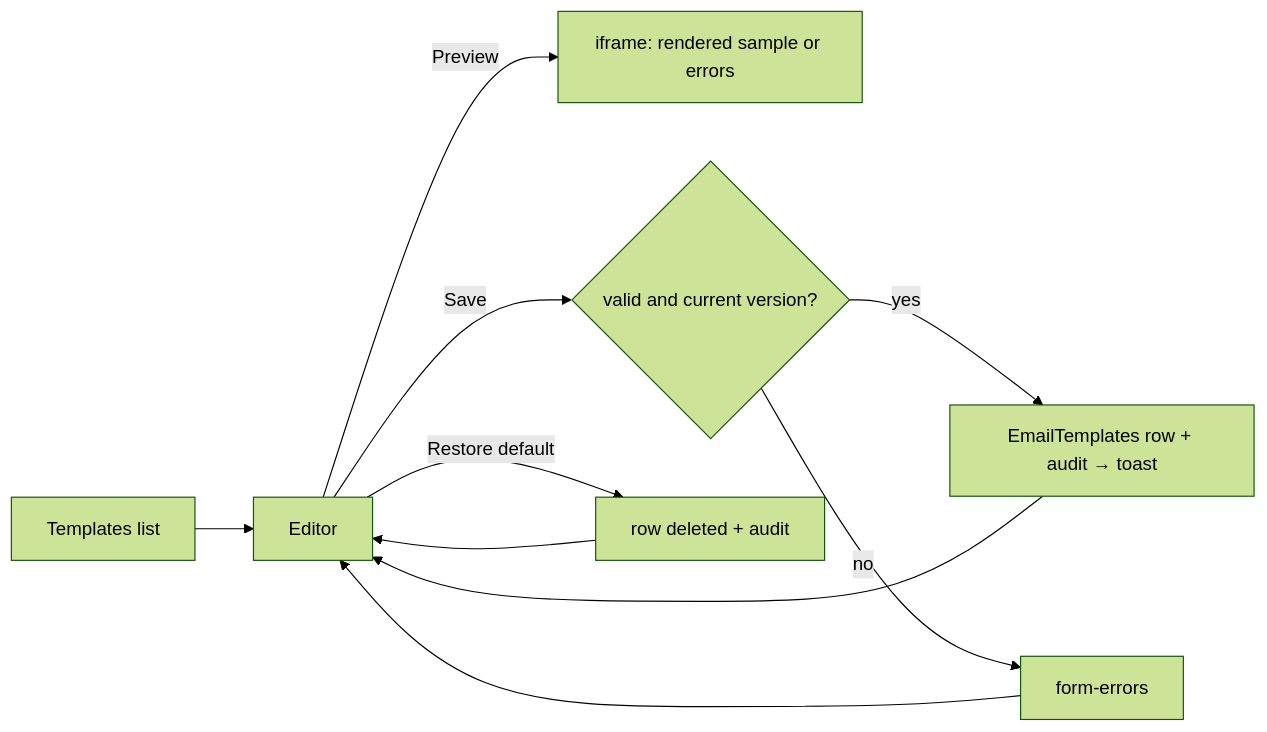
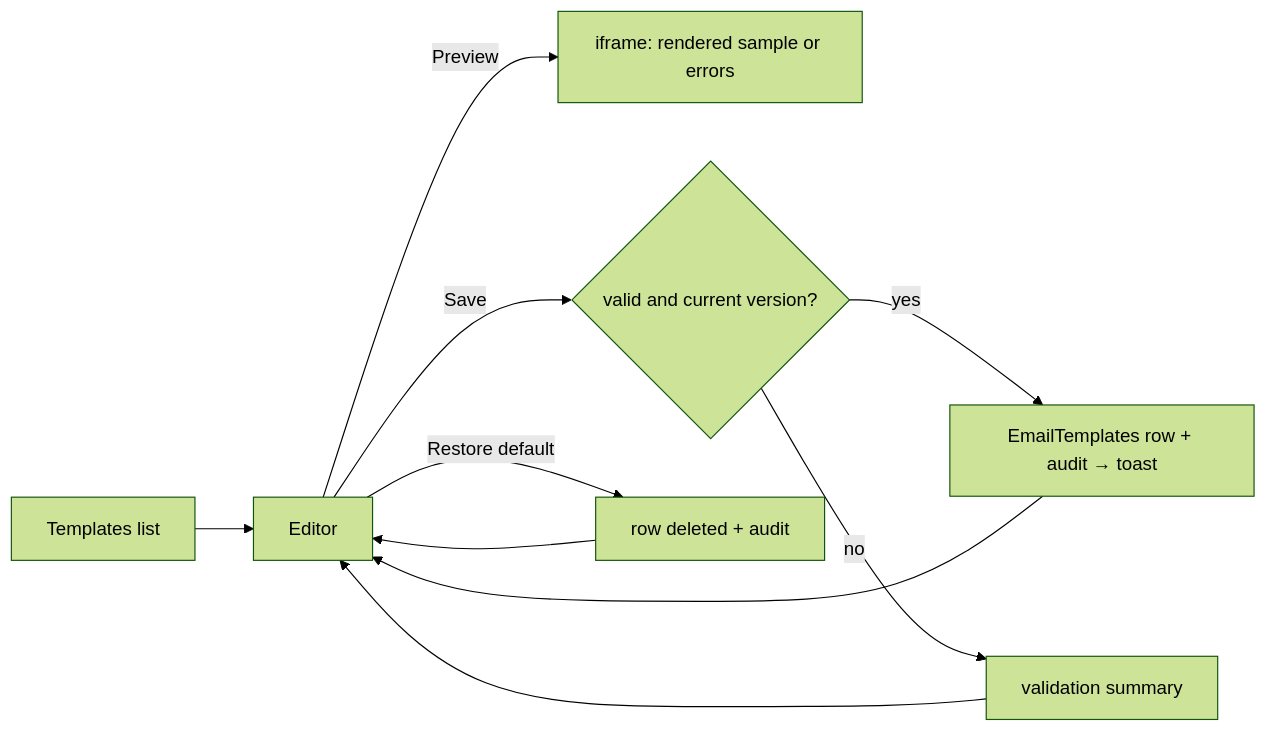
Before and after one commit to Albadit/DotNetForge: the diagram in .docs/pages/email-templates.md, drawn with Mermaid (forest theme). The commit also changed other lines of this file and 412 other files, not shown here.

````diff
--- a/.docs/pages/email-templates.md
+++ b/.docs/pages/email-templates.md
@@ -135,9 +135,9 @@
 ```mermaid
 flowchart LR
     L[Templates list] --> E[Editor]
     E -- Preview --> P["iframe: rendered sample or errors"]
     E -- Save --> V{valid and current version?}
     V -- yes --> S["EmailTemplates row + audit → toast"] --> E
-    V -- no --> F[form-errors] --> E
+    V -- no --> F[validation summary] --> E
     E -- "Restore default" --> R["row deleted + audit"] --> E
 ```
````
